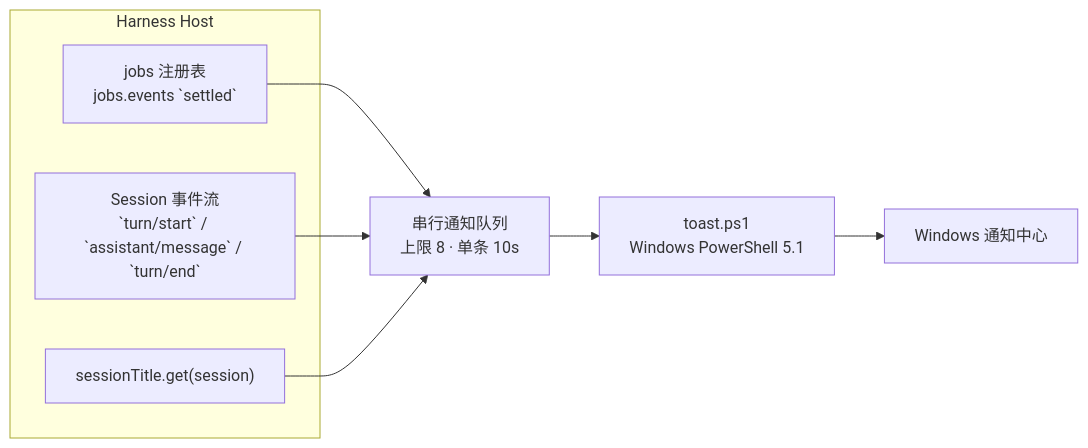
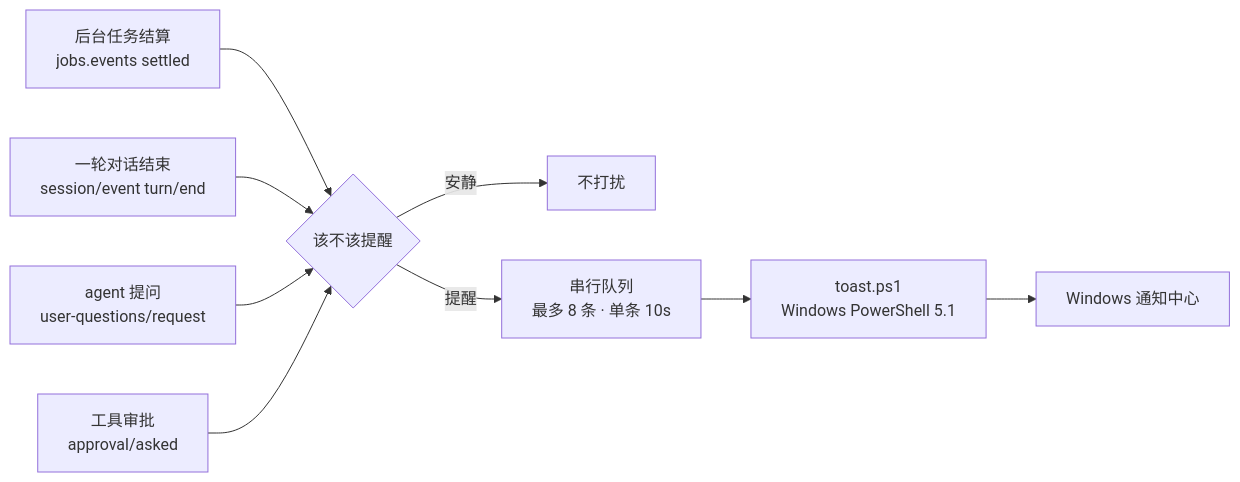
One commit to imnotRiv3r/dsh-job-notify changed the diagram in README.md. Above: the diagram before and after it, drawn with Mermaid. The commit also changed other lines of this file and 3 other files, not shown here.

````diff
--- a/README.md
+++ b/README.md
@@ -211,14 +197,11 @@
 ```mermaid
 flowchart LR
-  subgraph Host["Harness Host"]
-    J["jobs 注册表<br/>jobs.events `settled`"]
-    S["Session 事件流<br/>`turn/start` / `assistant/message` / `turn/end`"]
-    T["sessionTitle.get(session)"]
-  end
-
-  J --> Q["串行通知队列<br/>上限 8 · 单条 10s"]
-  S --> Q
-  T --> Q
-  Q --> P["toast.ps1<br/>Windows PowerShell 5.1"]
+  J["后台任务结算<br/>jobs.events settled"] --> F{该不该提醒}
+  T["一轮对话结束<br/>session/event turn/end"] --> F
+  Q["agent 提问<br/>user-questions/request"] --> F
+  A["工具审批<br/>approval/asked"] --> F
+  F -->|安静| X["不打扰"]
+  F -->|提醒| Q2["串行队列<br/>最多 8 条 · 单条 10s"]
+  Q2 --> P["toast.ps1<br/>Windows PowerShell 5.1"]
   P --> W["Windows 通知中心"]
 ```
````
